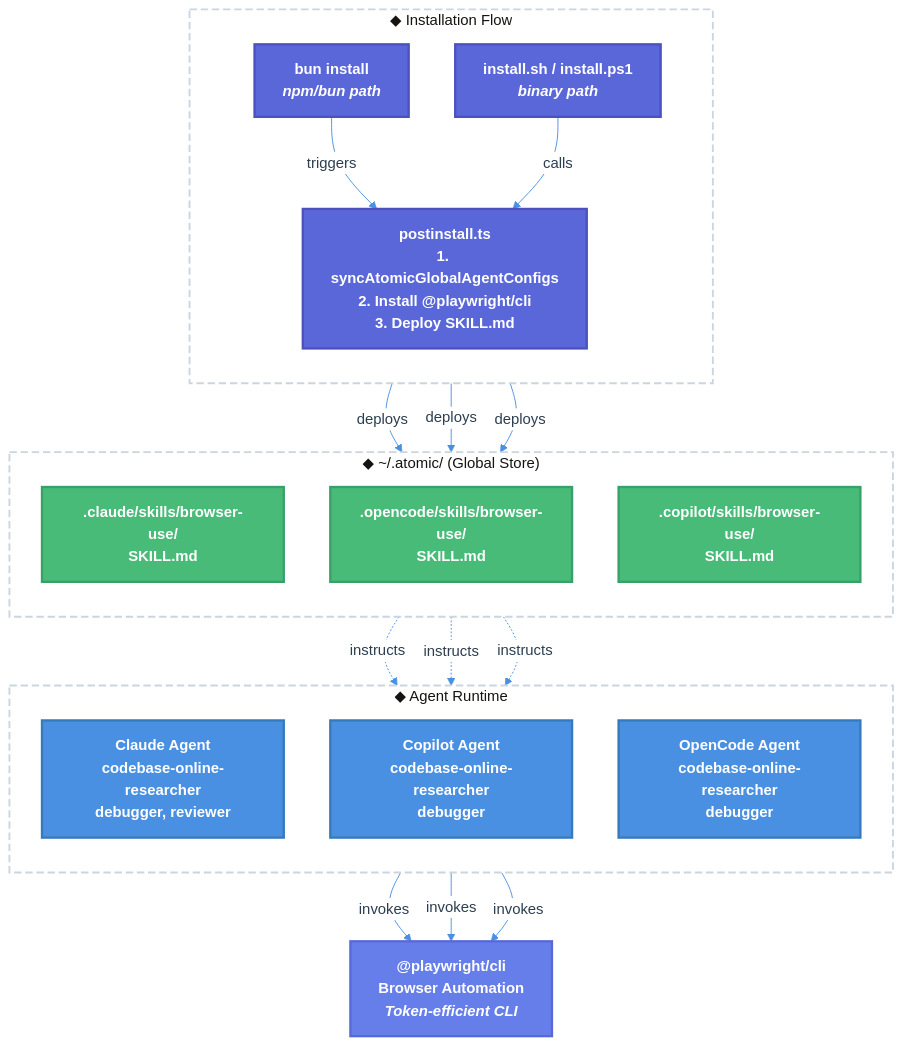
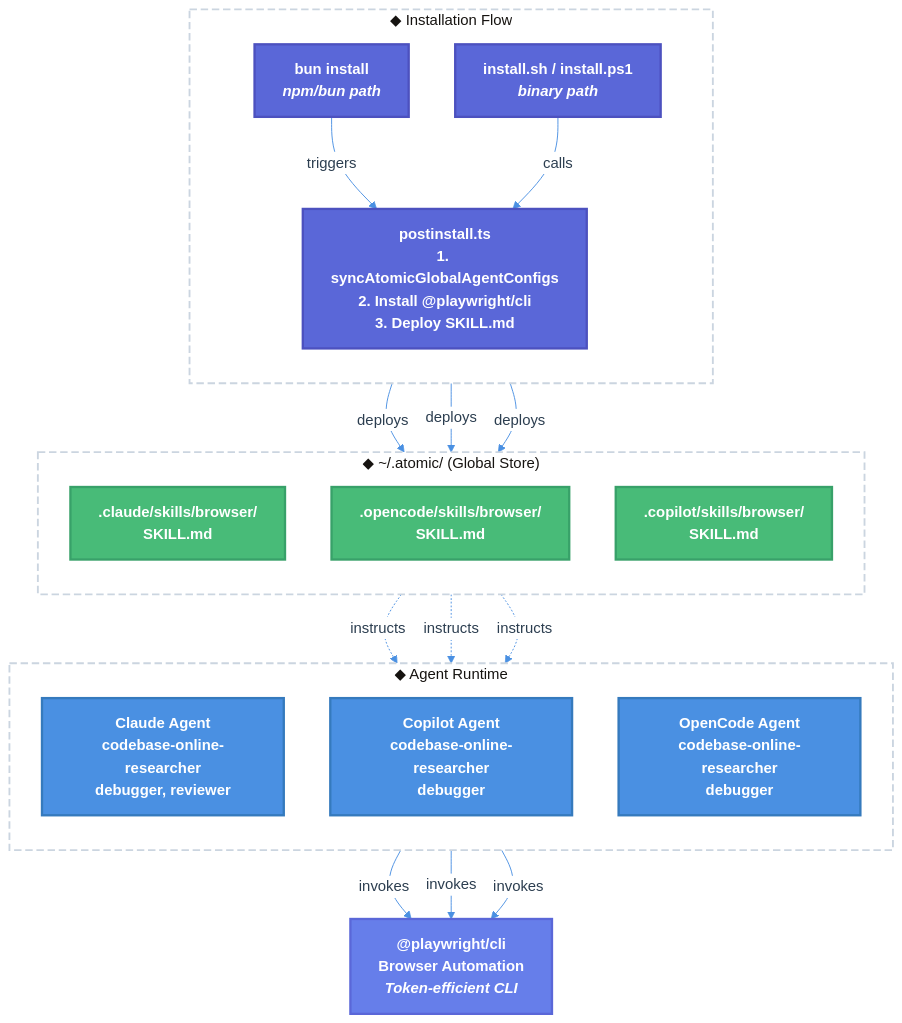
One commit to flora131/atomic changed the diagram in specs/2026-03-02-playwright-cli-integration.md. Above: the diagram before and after it, drawn with Mermaid. The commit also changed other lines of this file and 23 other files, not shown here.

First line of the commit message:
feat(subagents): replace browser-use with browser skill

````diff
--- a/specs/2026-03-02-playwright-cli-integration.md
+++ b/specs/2026-03-02-playwright-cli-integration.md
@@ -66,50 +66,50 @@
 ```mermaid
 %%{init: {'theme':'base', 'themeVariables': { 'primaryColor':'#f8f9fa','primaryTextColor':'#2c3e50','primaryBorderColor':'#4a5568','lineColor':'#4a90e2','secondaryColor':'#ffffff','tertiaryColor':'#e9ecef','background':'#f5f7fa','mainBkg':'#f8f9fa','nodeBorder':'#4a5568','clusterBkg':'#ffffff','clusterBorder':'#cbd5e0','edgeLabelBackground':'#ffffff'}}}%%
 
 flowchart TB
     classDef installStep fill:#5a67d8,stroke:#4c51bf,stroke-width:2.5px,color:#ffffff,font-weight:600
     classDef configTarget fill:#48bb78,stroke:#38a169,stroke-width:2.5px,color:#ffffff,font-weight:600
     classDef agentNode fill:#4a90e2,stroke:#357abd,stroke-width:2.5px,color:#ffffff,font-weight:600
     classDef skillNode fill:#667eea,stroke:#5a67d8,stroke-width:2.5px,color:#ffffff,font-weight:600
 
     subgraph InstallFlow["◆ Installation Flow"]
         direction TB
         BunInstall["<b>bun install</b><br><i>npm/bun path</i>"]:::installStep
         InstallSh["<b>install.sh / install.ps1</b><br><i>binary path</i>"]:::installStep
         Postinstall["<b>postinstall.ts</b><br>1. syncAtomicGlobalAgentConfigs<br>2. Install @playwright/cli<br>3. Deploy SKILL.md"]:::installStep
     end
 
     subgraph GlobalStore["◆ ~/.atomic/ (Global Store)"]
         direction TB
-        ClaudeSkill["<b>.claude/skills/browser-use/</b><br>SKILL.md"]:::configTarget
-        OpenCodeSkill["<b>.opencode/skills/browser-use/</b><br>SKILL.md"]:::configTarget
-        CopilotSkill["<b>.copilot/skills/browser-use/</b><br>SKILL.md"]:::configTarget
+        ClaudeSkill["<b>.claude/skills/browser/</b><br>SKILL.md"]:::configTarget
+        OpenCodeSkill["<b>.opencode/skills/browser/</b><br>SKILL.md"]:::configTarget
+        CopilotSkill["<b>.copilot/skills/browser/</b><br>SKILL.md"]:::configTarget
     end
 
     subgraph AgentUsage["◆ Agent Runtime"]
         direction TB
         ClaudeAgent["<b>Claude Agent</b><br>codebase-online-researcher<br>debugger, reviewer"]:::agentNode
         CopilotAgent["<b>Copilot Agent</b><br>codebase-online-researcher<br>debugger"]:::agentNode
         OpenCodeAgent["<b>OpenCode Agent</b><br>codebase-online-researcher<br>debugger"]:::agentNode
     end
 
     PlaywrightCLI["<b>@playwright/cli</b><br>Browser Automation<br><i>Token-efficient CLI</i>"]:::skillNode
 
     BunInstall -->|"triggers"| Postinstall
     InstallSh -->|"calls"| Postinstall
     Postinstall -->|"deploys"| ClaudeSkill
     Postinstall -->|"deploys"| OpenCodeSkill
     Postinstall -->|"deploys"| CopilotSkill
 
     ClaudeAgent -->|"invokes"| PlaywrightCLI
     CopilotAgent -->|"invokes"| PlaywrightCLI
     OpenCodeAgent -->|"invokes"| PlaywrightCLI
 
     ClaudeSkill -.->|"instructs"| ClaudeAgent
     OpenCodeSkill -.->|"instructs"| OpenCodeAgent
     CopilotSkill -.->|"instructs"| CopilotAgent
 
     style InstallFlow fill:#ffffff,stroke:#cbd5e0,stroke-width:2px,stroke-dasharray:8 4
     style GlobalStore fill:#ffffff,stroke:#cbd5e0,stroke-width:2px,stroke-dasharray:8 4
     style AgentUsage fill:#ffffff,stroke:#cbd5e0,stroke-width:2px,stroke-dasharray:8 4
 ```
````
